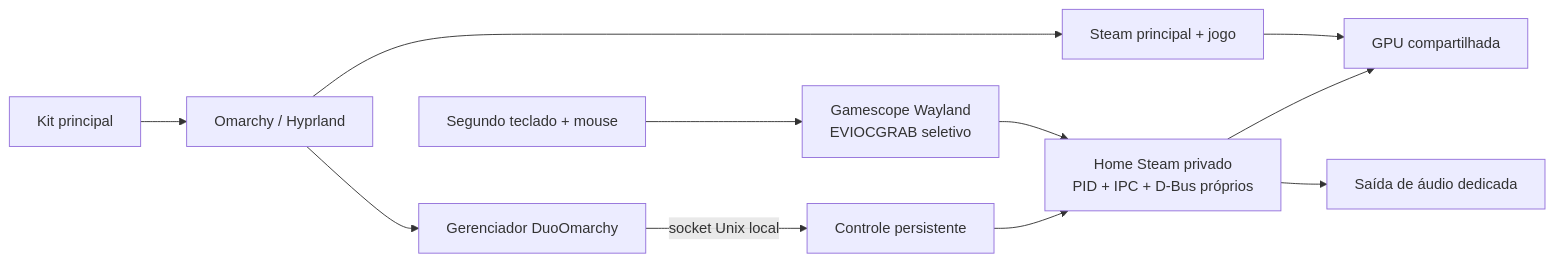
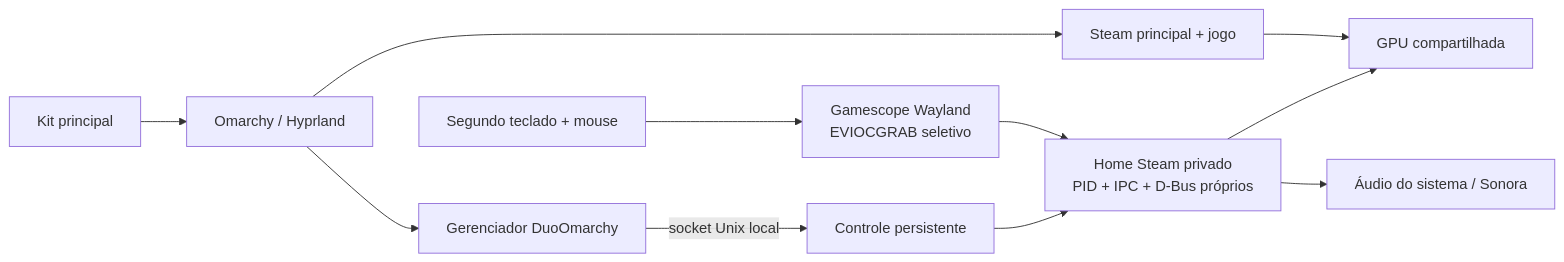
The diagram in docs/ARCHITECTURE.md (LucasOl1337/DuoOmarchy), drawn with Mermaid before and after one commit. The commit also changed other lines of this file and 8 other files, not shown here.

````diff
--- a/docs/ARCHITECTURE.md
+++ b/docs/ARCHITECTURE.md
@@ -3,13 +3,13 @@
 ```mermaid
 flowchart LR
   A[Kit principal] --> H[Omarchy / Hyprland]
   H --> P[Steam principal + jogo]
   H --> M[Gerenciador DuoOmarchy]
   B[Segundo teclado + mouse] --> G[Gamescope Wayland\nEVIOCGRAB seletivo]
   G --> S[Home Steam privado\nPID + IPC + D-Bus próprios]
   M -->|socket Unix local| C[Controle persistente]
   C --> S
   P --> GPU[GPU compartilhada]
   S --> GPU
-  S --> F[Saída de áudio dedicada]
+  S --> F[Áudio do sistema / Sonora]
 ```
````
